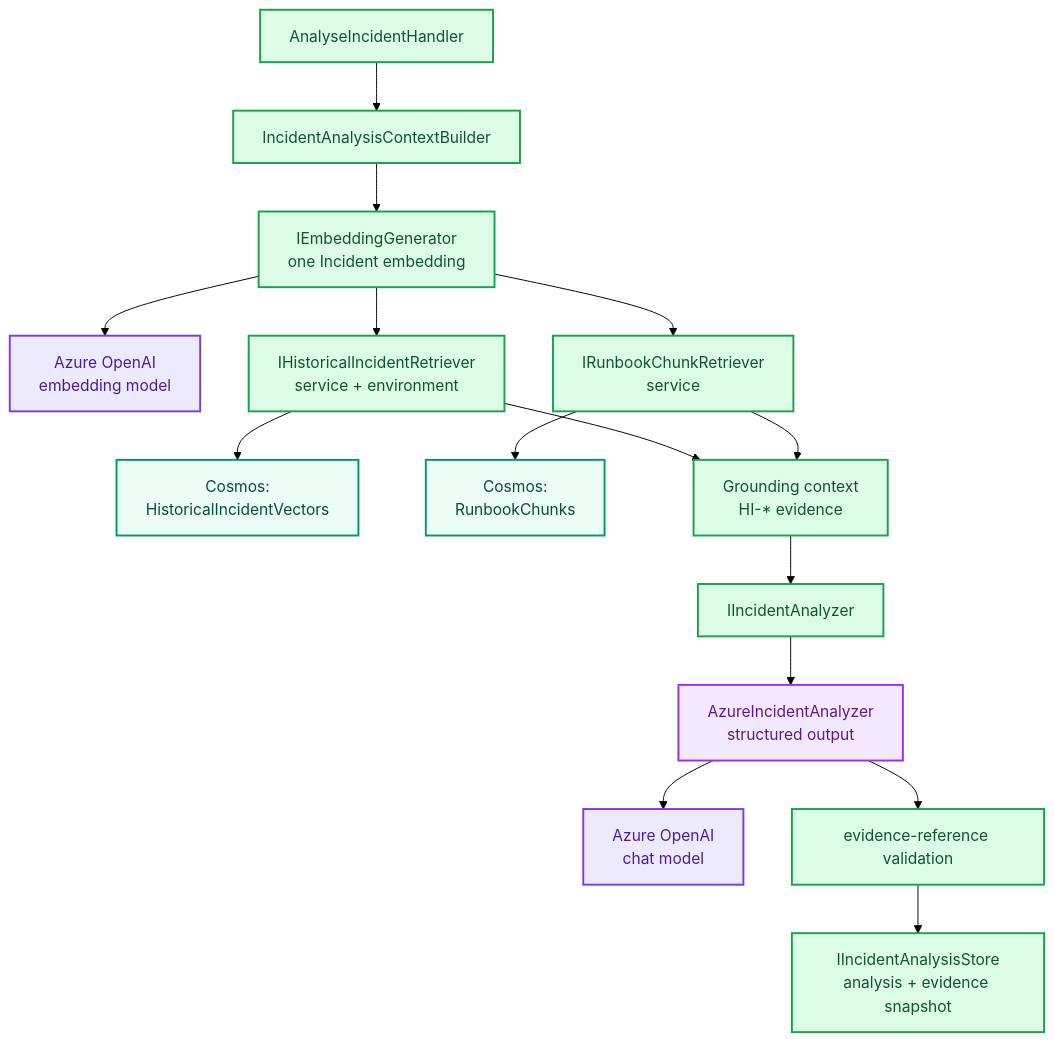
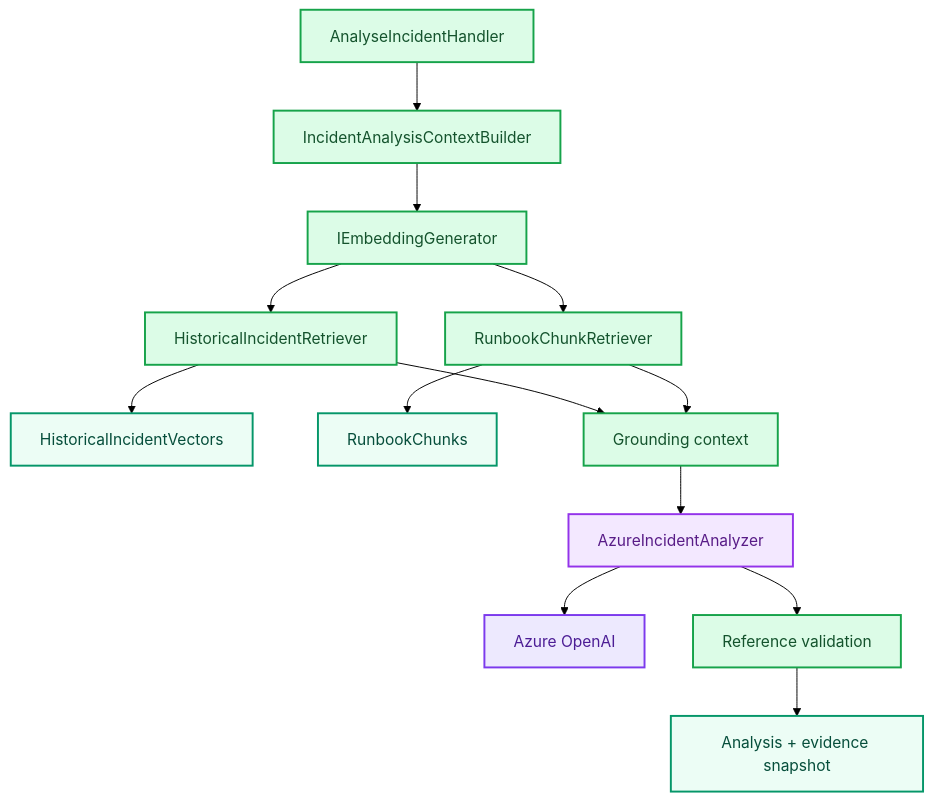
One commit to danielmusselwhite/IncidentIQ changed the diagram in docs/flows/grounded-incident-analysis.md. Above: the diagram before and after it, drawn with Mermaid. The commit also changed other lines of this file and 24 other files, not shown here.

````diff
--- a/docs/flows/grounded-incident-analysis.md
+++ b/docs/flows/grounded-incident-analysis.md
@@ -25,26 +15,21 @@
 ```mermaid
 %%{init: {"theme":"base","themeVariables":{"background":"#ffffff"}} }%%
 flowchart TB
-    Handler["AnalyseIncidentHandler"]:::app --> Builder["IncidentAnalysisContextBuilder"]:::app
-    Builder --> Embed["IEmbeddingGenerator<br/>one Incident embedding"]:::app
-    Embed --> AIEmbed["Azure OpenAI<br/>embedding model"]:::ai
-
-    Embed --> Historical["IHistoricalIncidentRetriever<br/>service + environment"]:::app
-    Embed --> Runbooks["IRunbookChunkRetriever<br/>service"]:::app
-
-    Historical --> HIVectors["Cosmos:<br/>HistoricalIncidentVectors"]:::data
-    Runbooks --> RBChunks["Cosmos:<br/>RunbookChunks"]:::data
-
-    Historical --> Context["Grounding context<br/>HI-* evidence"]:::app
-    Runbooks --> Context
-    Context --> Analyzer["IIncidentAnalyzer"]:::app
-    Analyzer --> Chat["AzureIncidentAnalyzer<br/>structured output"]:::infra
-    Chat --> AzureAI["Azure OpenAI<br/>chat model"]:::ai
-    Chat --> Validate["evidence-reference validation"]:::app
-    Validate --> Persist["IIncidentAnalysisStore<br/>analysis + evidence snapshot"]:::app
+    Analyse["AnalyseIncidentHandler"]:::app --> Context["IncidentAnalysisContextBuilder"]:::app
+    Context --> Embed["IEmbeddingGenerator"]:::app
+    Embed --> HI["HistoricalIncidentRetriever"]:::app
+    Embed --> RB["RunbookChunkRetriever"]:::app
+    HI --> HIV["HistoricalIncidentVectors"]:::data
+    RB --> RBC["RunbookChunks"]:::data
+    HI --> Ground["Grounding context"]:::app
+    RB --> Ground
+    Ground --> Analyzer["AzureIncidentAnalyzer"]:::infra
+    Analyzer --> AI["Azure OpenAI"]:::ai
+    Analyzer --> Validate["Reference validation"]:::app
+    Validate --> Persist["Analysis + evidence snapshot"]:::data
 
     classDef app fill:#dcfce7,stroke:#16a34a,color:#14532d,stroke-width:2px;
     classDef infra fill:#f3e8ff,stroke:#9333ea,color:#581c87,stroke-width:2px;
     classDef data fill:#ecfdf5,stroke:#059669,color:#064e3b,stroke-width:2px;
     classDef ai fill:#ede9fe,stroke:#7c3aed,color:#4c1d95,stroke-width:2px;
 ```
````
